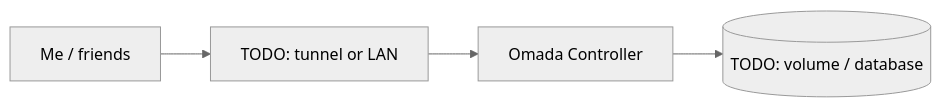
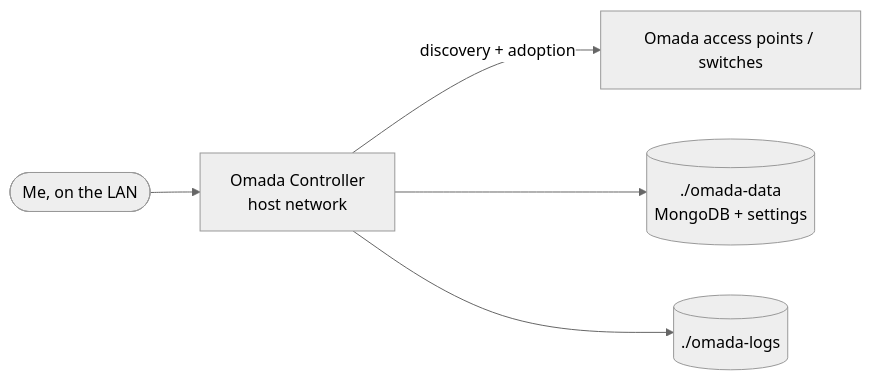
The diagram in docs/services/omada-controller.md (Shineori/homelab), drawn with Mermaid (neutral theme) before and after one commit. The commit also changed other lines of this file and 19 other files, not shown here.

````diff
--- a/docs/services/omada-controller.md
+++ b/docs/services/omada-controller.md
@@ -20,6 +21,7 @@
 ```mermaid
 flowchart LR
-    user[Me / friends] --> entry[TODO: tunnel or LAN]
-    entry --> app[Omada Controller]
-    app --> data[(TODO: volume / database)]
+    me([Me, on the LAN]) --> ctl[Omada Controller<br/>host network]
+    ctl -- discovery + adoption --> gear[Omada access points / switches]
+    ctl --> data[(./omada-data<br/>MongoDB + settings)]
+    ctl --> logs[(./omada-logs)]
 ```
````
